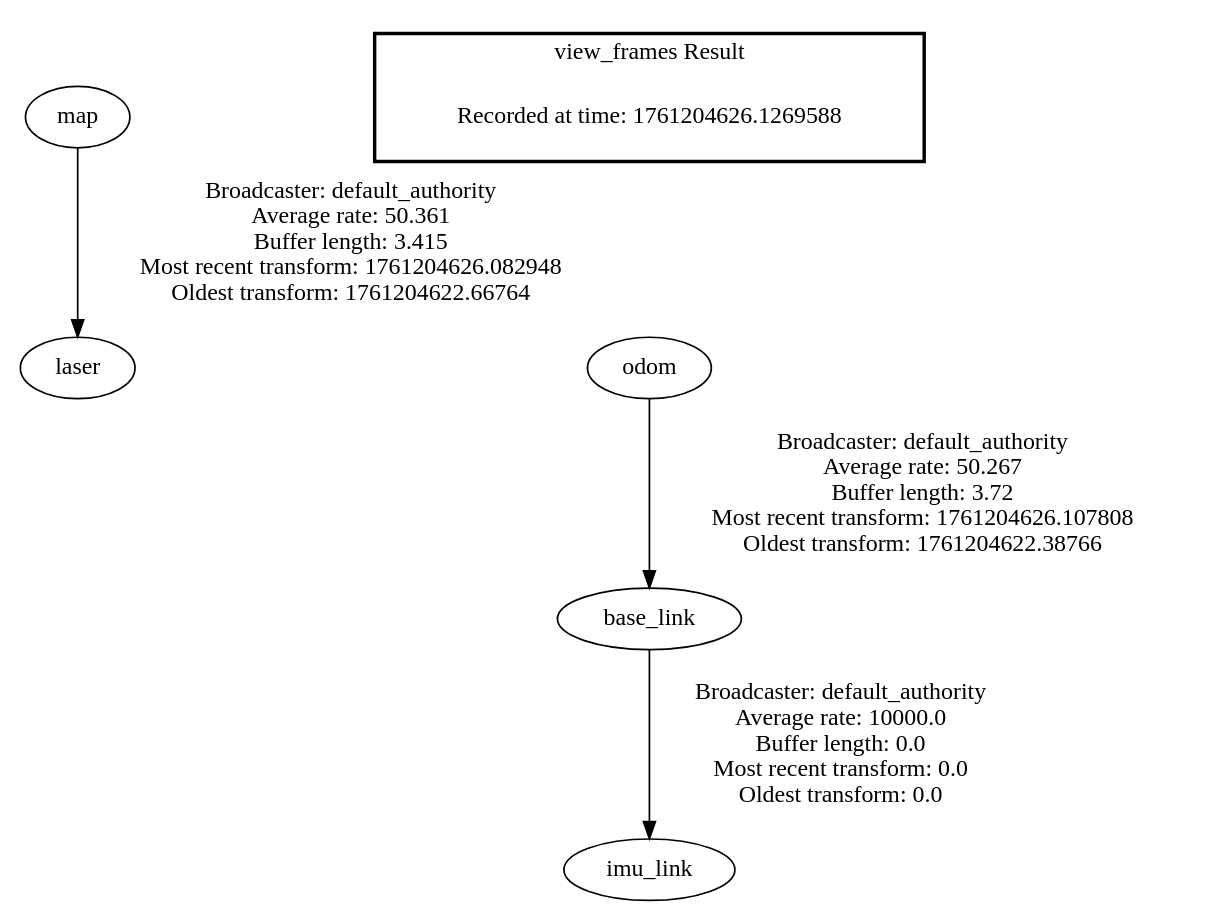
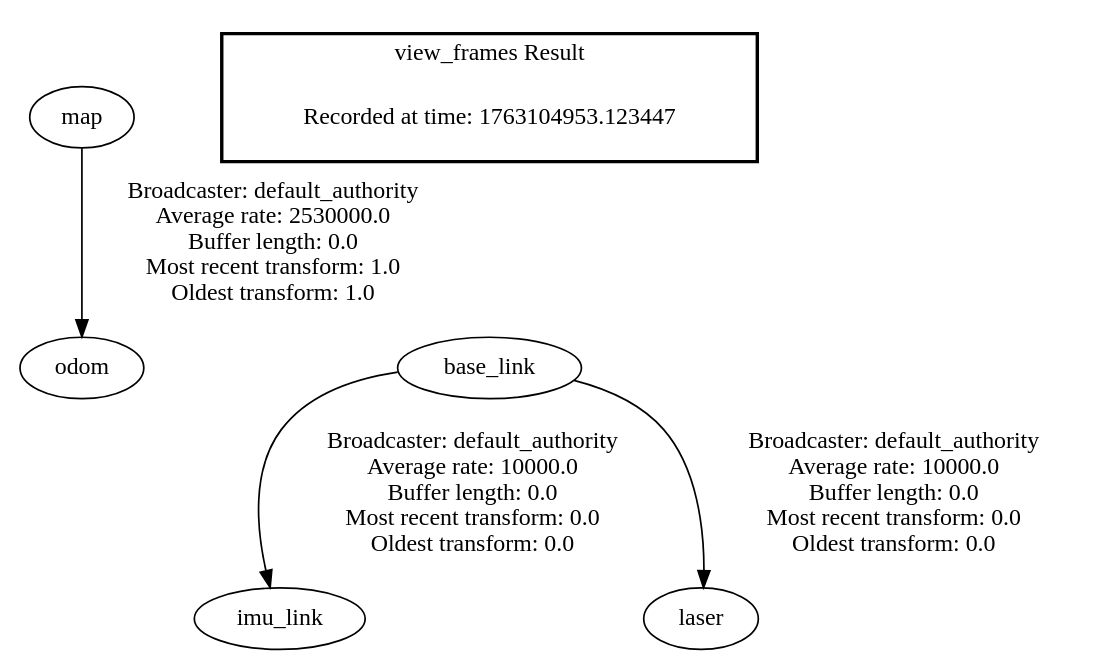
The diagram in frames.gv (2656968/f1tenth_ws_mpc_emergency), drawn with Graphviz before and after one commit. The commit also changed 3683 other files, not shown here.

```diff
--- a/frames.gv
+++ b/frames.gv
@@ -1,9 +1,9 @@
 digraph G {
-"map" -> "laser"[label=" Broadcaster: default_authority\nAverage rate: 50.361\nBuffer length: 3.415\nMost recent transform: 1761204626.082948\nOldest transform: 1761204622.66764\n"];
-"odom" -> "base_link"[label=" Broadcaster: default_authority\nAverage rate: 50.267\nBuffer length: 3.72\nMost recent transform: 1761204626.107808\nOldest transform: 1761204622.38766\n"];
+"map" -> "odom"[label=" Broadcaster: default_authority\nAverage rate: 2530000.0\nBuffer length: 0.0\nMost recent transform: 1.0\nOldest transform: 1.0\n"];
 "base_link" -> "imu_link"[label=" Broadcaster: default_authority\nAverage rate: 10000.0\nBuffer length: 0.0\nMost recent transform: 0.0\nOldest transform: 0.0\n"];
+"base_link" -> "laser"[label=" Broadcaster: default_authority\nAverage rate: 10000.0\nBuffer length: 0.0\nMost recent transform: 0.0\nOldest transform: 0.0\n"];
 edge [style=invis];
  subgraph cluster_legend { style=bold; color=black; label ="view_frames Result";
-"Recorded at time: 1761204626.1269588"[ shape=plaintext ] ;
-}->"odom";
+"Recorded at time: 1763104953.123447"[ shape=plaintext ] ;
+}->"base_link";
 }
```
